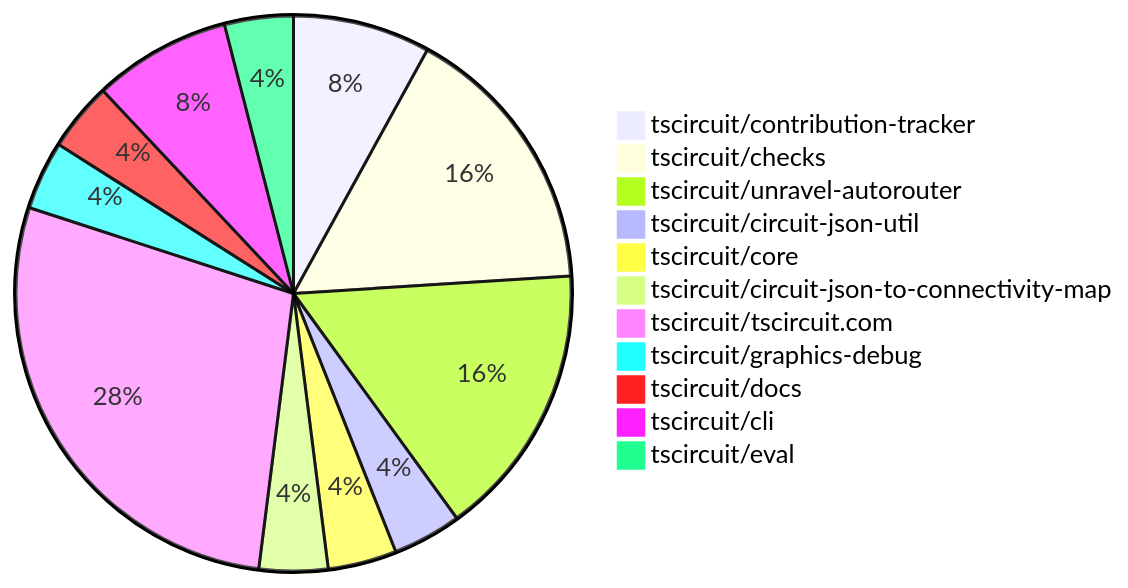
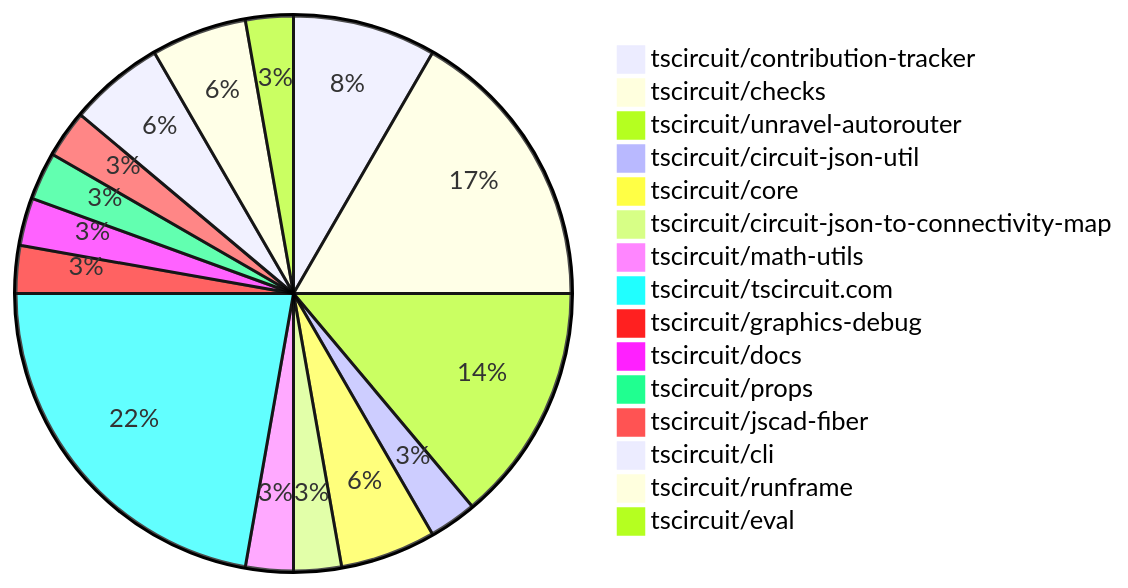
The diagram in README.md (tscircuit/contribution-tracker), drawn with Mermaid before and after one commit. The commit also changed other lines of this file and 2 other files, not shown here.

Commit message:
Update contribution overviews

````diff
--- a/README.md
+++ b/README.md
@@ -24,14 +24,18 @@
 ```mermaid
 pie
-    "tscircuit/contribution-tracker" : 2
-    "tscircuit/checks" : 4
-    "tscircuit/unravel-autorouter" : 4
+    "tscircuit/contribution-tracker" : 3
+    "tscircuit/checks" : 6
+    "tscircuit/unravel-autorouter" : 5
     "tscircuit/circuit-json-util" : 1
-    "tscircuit/core" : 1
+    "tscircuit/core" : 2
     "tscircuit/circuit-json-to-connectivity-map" : 1
-    "tscircuit/tscircuit.com" : 7
+    "tscircuit/math-utils" : 1
+    "tscircuit/tscircuit.com" : 8
     "tscircuit/graphics-debug" : 1
     "tscircuit/docs" : 1
+    "tscircuit/props" : 1
+    "tscircuit/jscad-fiber" : 1
     "tscircuit/cli" : 2
+    "tscircuit/runframe" : 2
     "tscircuit/eval" : 1
 ```
````
